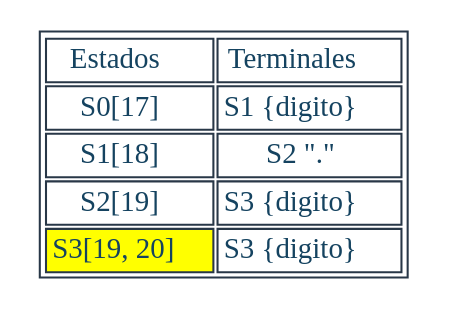
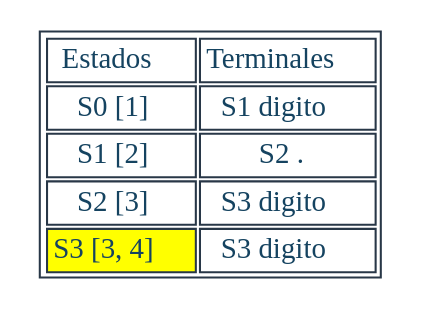
Before and after one commit to JeffMendez/OCL_Proyecto1_201901557: the diagram in Regexive/archivos/TRANSICIONES_201901557/ExpresionReg2.dot, drawn with Graphviz. The commit also changed 58 other files, not shown here.

```diff
--- a/Regexive/archivos/TRANSICIONES_201901557/ExpresionReg2.dot
+++ b/Regexive/archivos/TRANSICIONES_201901557/ExpresionReg2.dot
@@ -1,18 +1,14 @@
 digraph T {
 aHtmlTable [
    shape=plaintext
    color="#283747" fontcolor="#154360" label=<
 
    <table border='1' cellborder='1'>
    <tr>
       <td>Estados</td>
       <td>Terminales</td>
-   </tr>	<tr><td>S0[17]</td><td>S1 {digito}</td></tr>
-	<tr><td>S1[18]</td><td>S2 "."</td></tr>
-	<tr><td>S2[19]</td><td>S3 {digito}</td></tr>
-	<tr><td bgcolor="yellow">S3[19, 20]</td><td>S3 {digito}</td></tr>
-</table>
+   </tr><tr><td>S0 [1]</td><td>S1 digito</td></tr><tr><td>S1 [2]</td><td>S2 .</td></tr><tr><td>S2 [3]</td><td>S3 digito</td></tr><tr><td bgcolor="yellow"> S3 [3, 4]</td><td>S3 digito</td></tr></table>
 
    >]; 
 
 }
```
